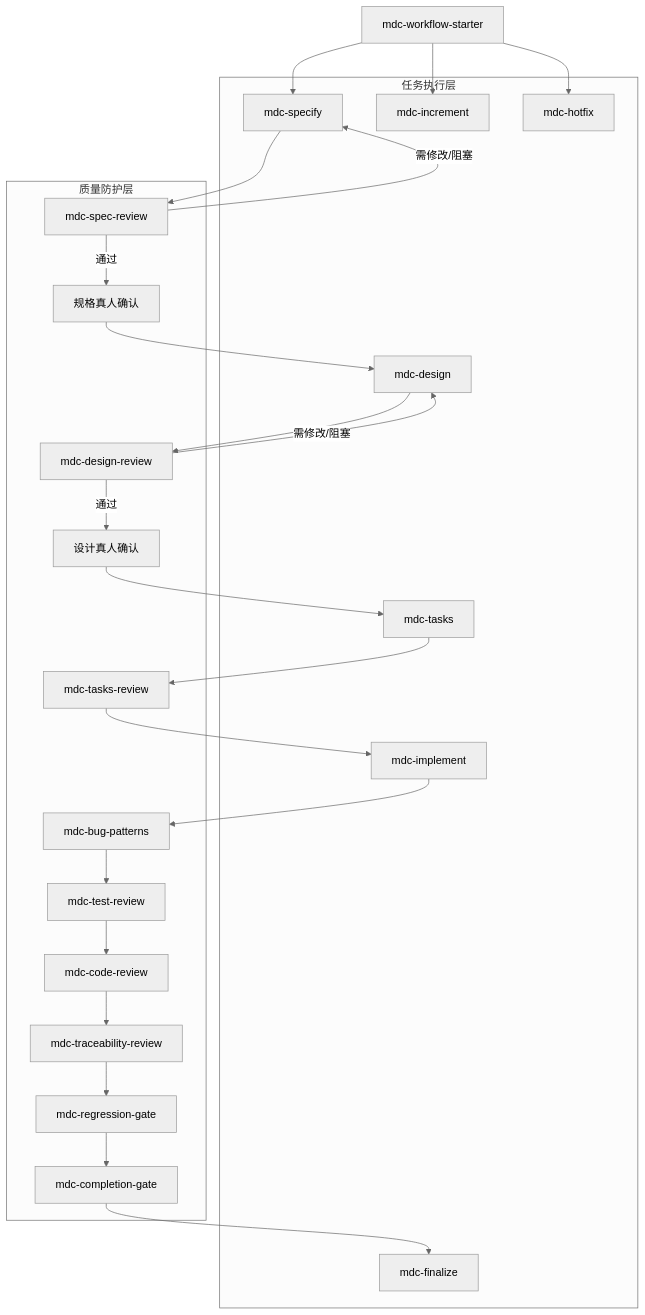
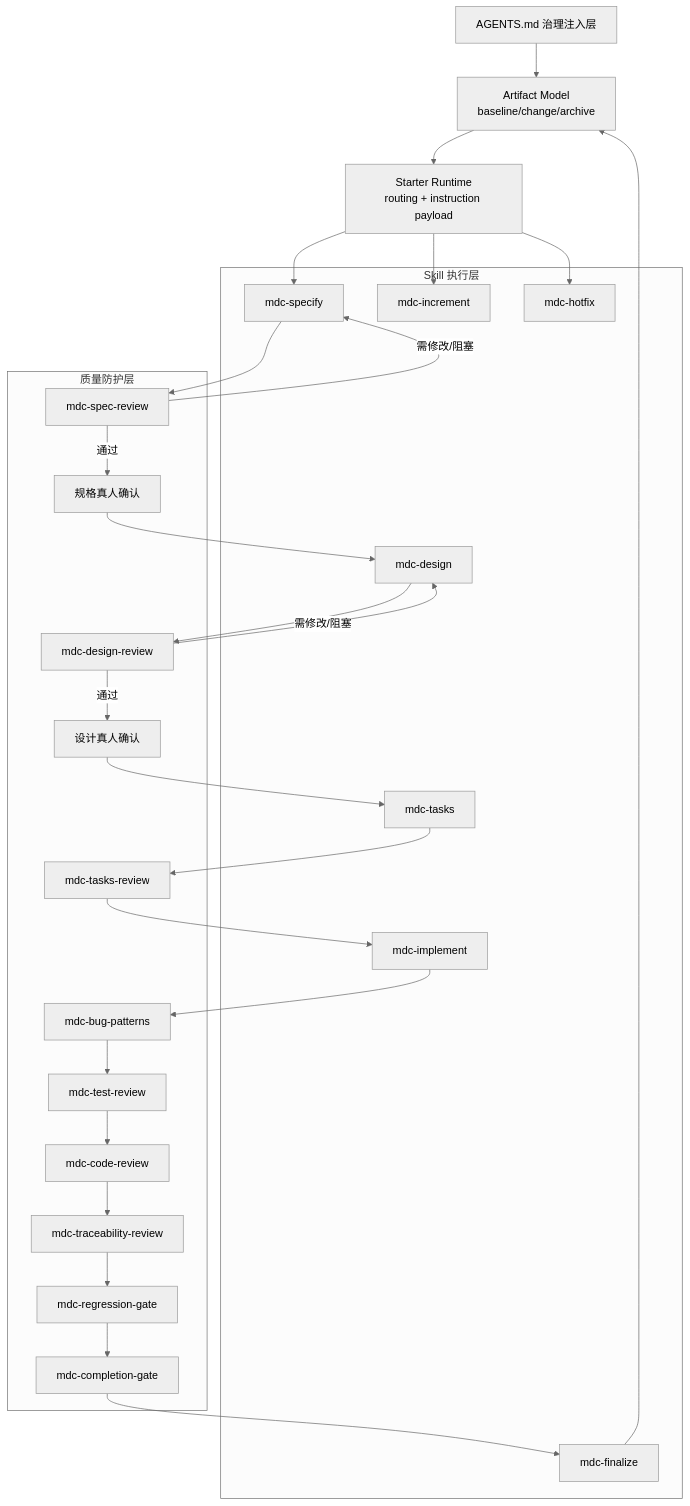
Before and after one commit to hujianbest/garage-teams: the first of 3 diagrams in mdc-workflow/coding-skills-design.md, drawn with Mermaid (neutral theme). The commit also changed other lines of this file and 26 other files, not shown here.

````diff
--- a/mdc-workflow/coding-skills-design.md
+++ b/mdc-workflow/coding-skills-design.md
@@ -120,50 +127,54 @@
 ```mermaid
 flowchart TD
-    starter[mdc-workflow-starter]
+    agents[AGENTS.md 治理注入层]
+    artifacts[Artifact Model\nbaseline/change/archive]
+    starter[Starter Runtime\nrouting + instruction payload]
 
-    subgraph executionLayer [任务执行层]
+    subgraph executionLayer [Skill 执行层]
         workSpecify[mdc-specify]
         workDesign[mdc-design]
         workTasks[mdc-tasks]
         workImplement[mdc-implement]
         workIncrement[mdc-increment]
         workHotfix[mdc-hotfix]
         workFinalize[mdc-finalize]
     end
 
     subgraph qualityLayer [质量防护层]
         specReview[mdc-spec-review]
         specConfirm[规格真人确认]
         designReview[mdc-design-review]
         designConfirm[设计真人确认]
         tasksReview[mdc-tasks-review]
         bugPatterns[mdc-bug-patterns]
         testReview[mdc-test-review]
         codeReview[mdc-code-review]
         traceabilityReview[mdc-traceability-review]
         regressionGate[mdc-regression-gate]
         completionGate[mdc-completion-gate]
     end
 
+    agents --> artifacts
+    artifacts --> starter
     starter --> workSpecify
+    starter --> workIncrement
+    starter --> workHotfix
     workSpecify --> specReview
     specReview -->|通过| specConfirm
     specReview -->|需修改/阻塞| workSpecify
     specConfirm --> workDesign
     workDesign --> designReview
     designReview -->|通过| designConfirm
     designReview -->|需修改/阻塞| workDesign
     designConfirm --> workTasks
     workTasks --> tasksReview
     tasksReview --> workImplement
     workImplement --> bugPatterns
     bugPatterns --> testReview
     testReview --> codeReview
     codeReview --> traceabilityReview
     traceabilityReview --> regressionGate
     regressionGate --> completionGate
     completionGate --> workFinalize
-
-    starter --> workIncrement
-    starter --> workHotfix
+    workFinalize --> artifacts
 ```
````
